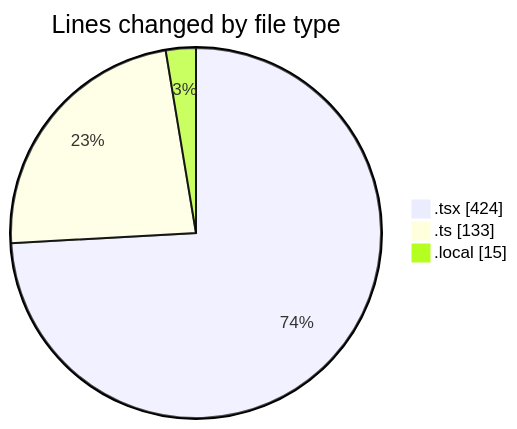
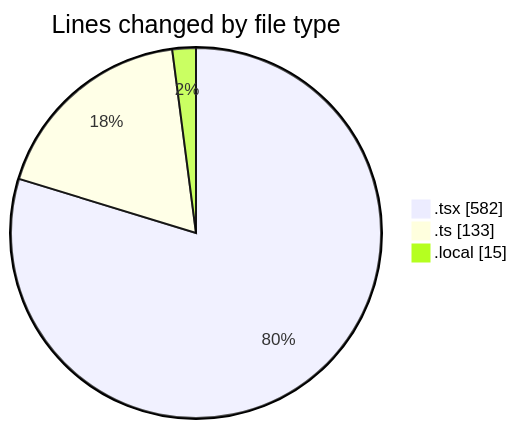
One commit to julien-gomy/code-tracking changed the first of 2 diagrams in 2025-11-04/eventscop-frontend-guide__workspace_/README.md. Above: the diagram before and after it, drawn with Mermaid. The commit also changed other lines of this file and 1 other file, not shown here.

````diff
--- a/2025-11-04/eventscop-frontend-guide__workspace_/README.md
+++ b/2025-11-04/eventscop-frontend-guide__workspace_/README.md
@@ -26,7 +26,7 @@
 ```mermaid
 pie showData
 title Lines changed by file type
-".tsx" : 424
+".tsx" : 582
 ".ts" : 133
 ".local" : 15
 ```
````
